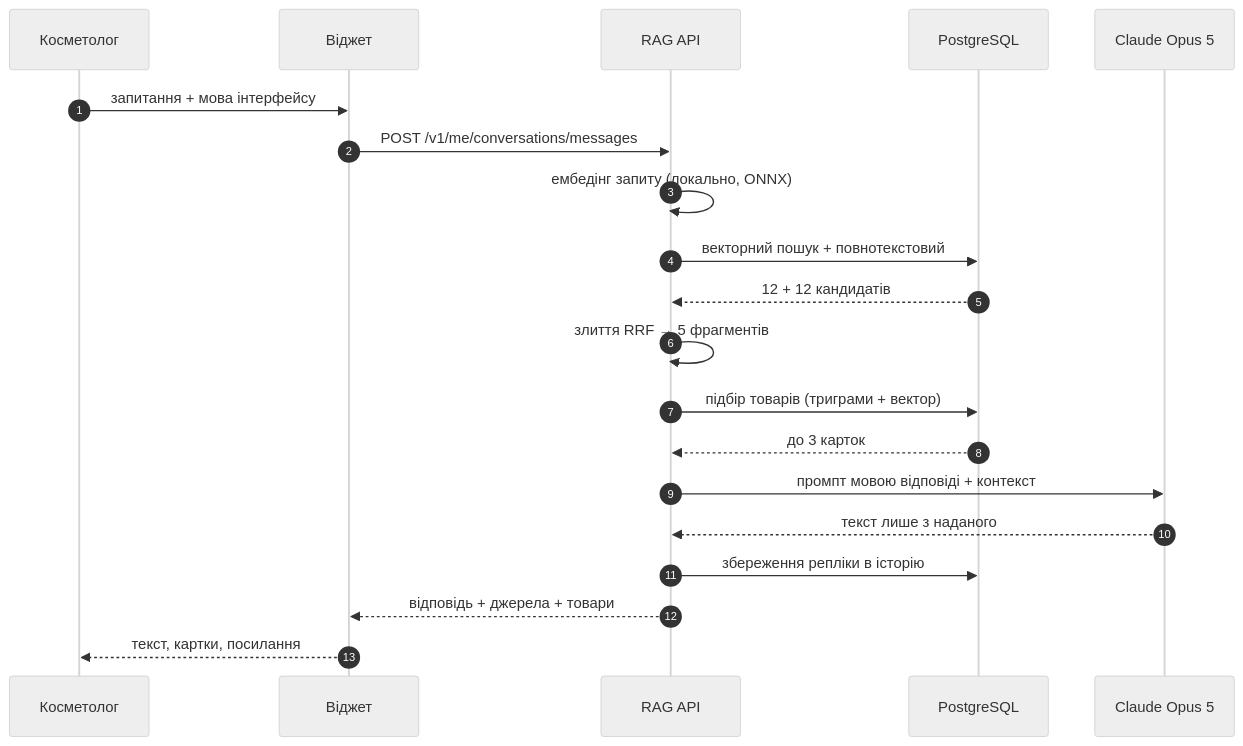
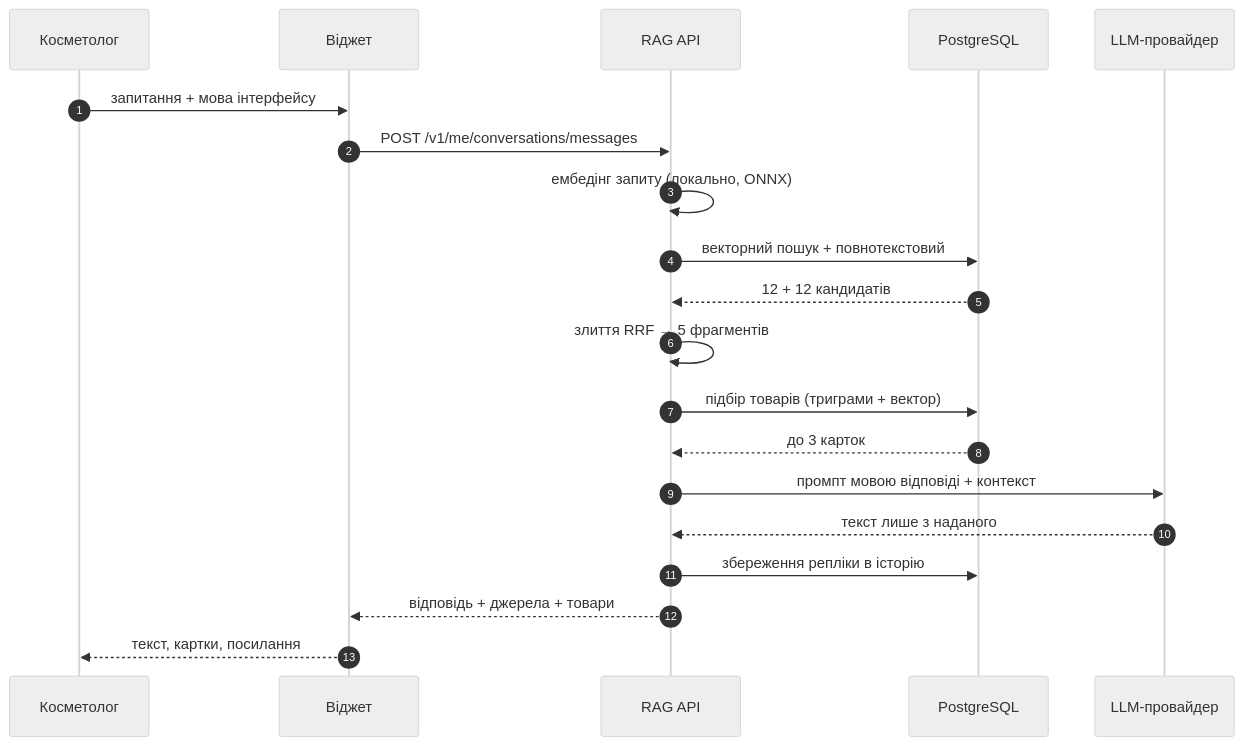
One commit to kindrakevich-agency/demax changed the first of 6 diagrams in RAG.md. Above: the diagram before and after it, drawn with Mermaid (neutral theme). The commit also changed other lines of this file and 2 other files, not shown here.

````diff
--- a/RAG.md
+++ b/RAG.md
@@ -23,23 +23,23 @@
 ```mermaid
 sequenceDiagram
     autonumber
     participant K as Косметолог
     participant W as Віджет
     participant A as RAG API
     participant D as PostgreSQL
-    participant L as Claude Opus 5
+    participant L as LLM-провайдер
 
     K->>W: запитання + мова інтерфейсу
     W->>A: POST /v1/me/conversations/messages
     A->>A: ембедінг запиту (локально, ONNX)
     A->>D: векторний пошук + повнотекстовий
     D-->>A: 12 + 12 кандидатів
     A->>A: злиття RRF → 5 фрагментів
     A->>D: підбір товарів (триграми + вектор)
     D-->>A: до 3 карток
     A->>L: промпт мовою відповіді + контекст
     L-->>A: текст лише з наданого
     A->>D: збереження репліки в історію
     A-->>W: відповідь + джерела + товари
     W-->>K: текст, картки, посилання
 ```
````
